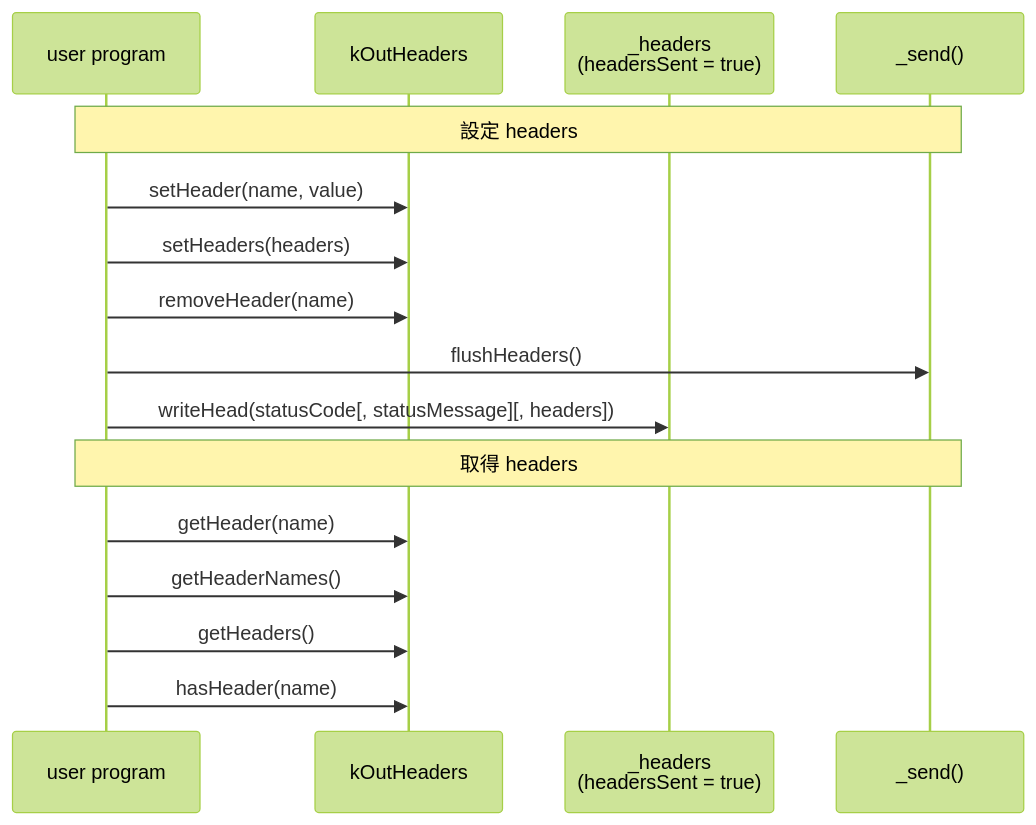
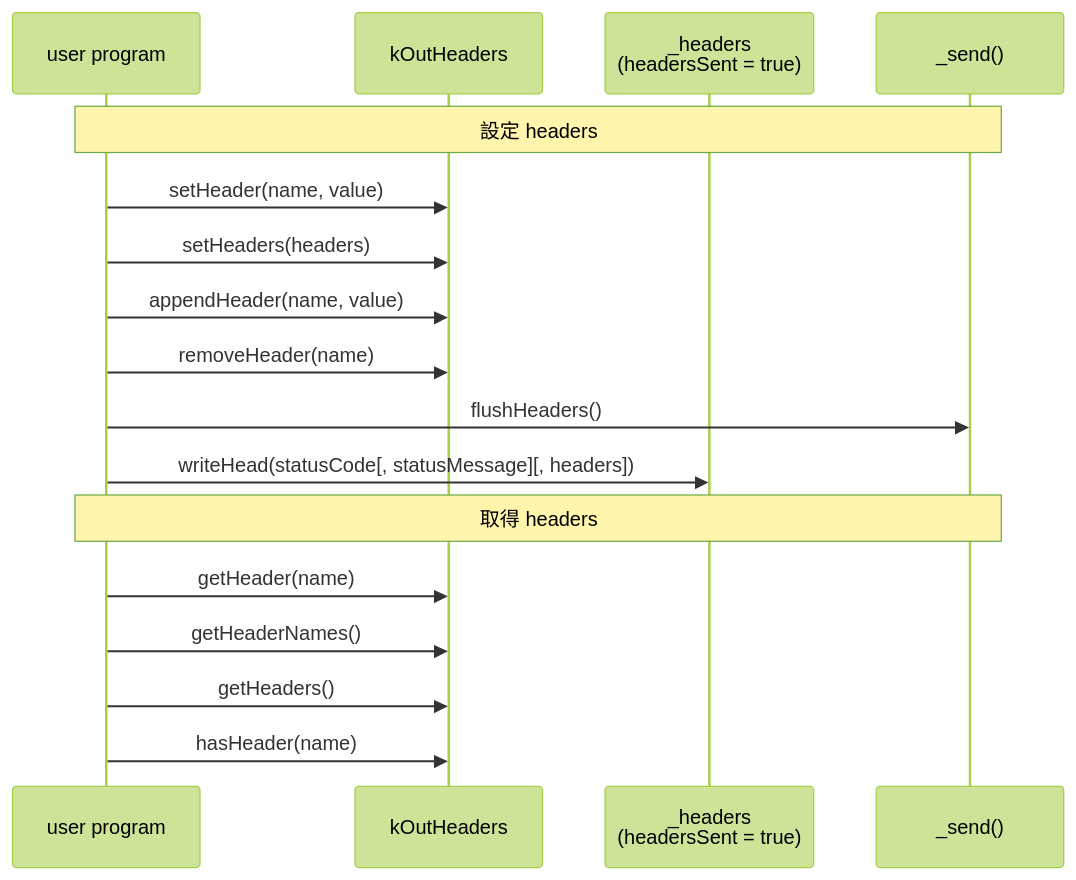
One commit to samuel871211/yusheng-tech-blog changed the fourth of 9 diagrams in docs/nodejs/http-overview.md. Above: the diagram before and after it, drawn with Mermaid (forest theme). The commit also changed other lines of this file, not shown here.

````diff
--- a/docs/nodejs/http-overview.md
+++ b/docs/nodejs/http-overview.md
@@ -292,20 +294,21 @@
 ```mermaid
 sequenceDiagram
   participant A as user program
   participant B as kOutHeaders
   participant C as _headers<br/>(headersSent = true)
   participant D as _send()
 
   Note Over A, D: 設定 headers
   A ->> B: setHeader(name, value)
   A ->> B: setHeaders(headers)
+  A ->> B: appendHeader(name, value)
   A ->> B: removeHeader(name)
   A ->> D: flushHeaders()
   A ->> C: writeHead(statusCode[, statusMessage][, headers])
 
   Note Over A, D: 取得 headers
   A ->> B: getHeader(name)
   A ->> B: getHeaderNames()
   A ->> B: getHeaders()
   A ->> B: hasHeader(name)
 ```
````
